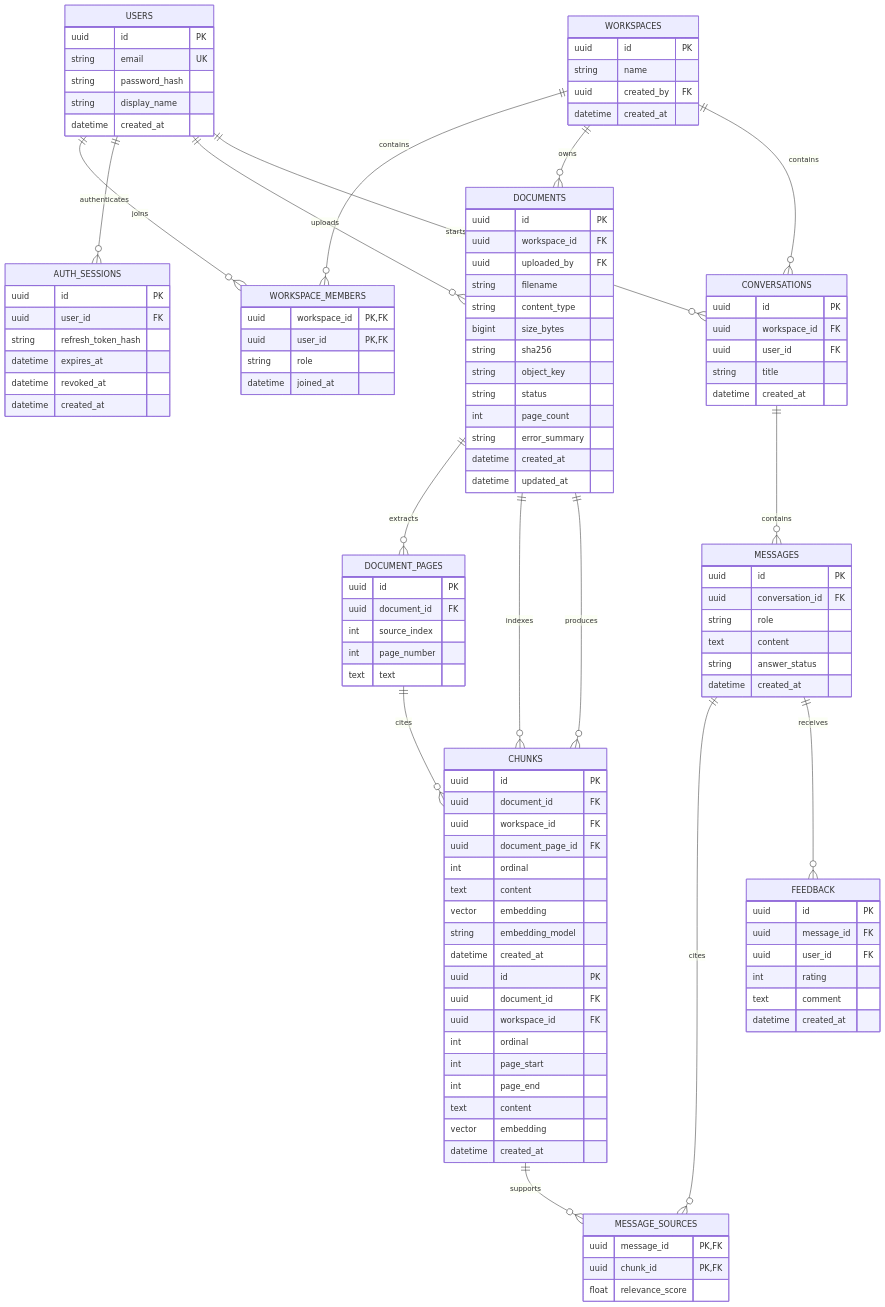
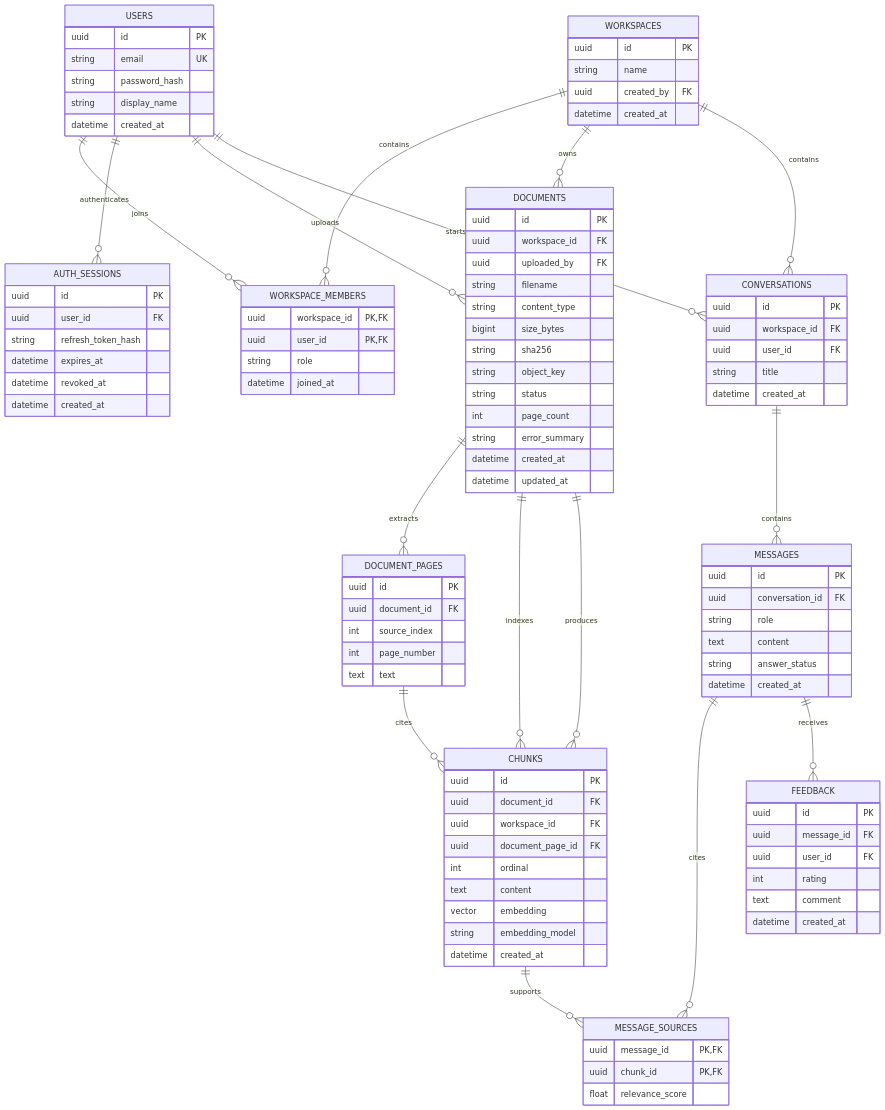
Before and after one commit to Parvejkhaniitm/DocumentMind-AI: the diagram in docs/data-model.md, drawn with Mermaid. The commit also changed other lines of this file and 15 other files, not shown here.

```diff
--- a/docs/data-model.md
+++ b/docs/data-model.md
@@ -80,17 +80,6 @@
     string embedding_model
     datetime created_at
   }
-  CHUNKS {
-    uuid id PK
-    uuid document_id FK
-    uuid workspace_id FK
-    int ordinal
-    int page_start
-    int page_end
-    text content
-    vector embedding
-    datetime created_at
-  }
   CONVERSATIONS {
     uuid id PK
     uuid workspace_id FK
```
